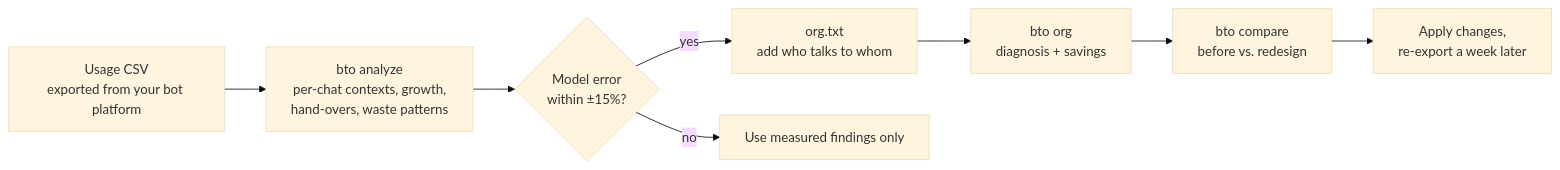
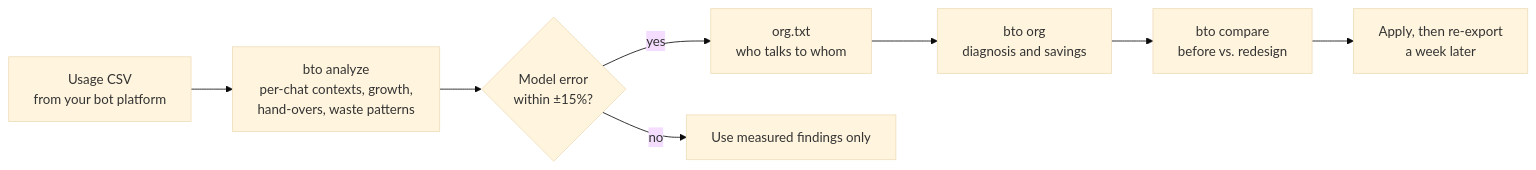
The diagram in README.md (EndeavorYen/bot-token-optimizer), drawn with Mermaid (base theme) before and after one commit. The commit also changed other lines of this file and 16 other files, not shown here.

````diff
--- a/README.md
+++ b/README.md
@@ -97,10 +171,10 @@
 ```mermaid
 flowchart LR
-    A[Usage CSV<br/>exported from your bot platform] --> B[bto analyze<br/>per-chat contexts, growth,<br/>hand-overs, waste patterns]
+    A[Usage CSV<br/>from your bot platform] --> B[bto analyze<br/>per-chat contexts, growth,<br/>hand-overs, waste patterns]
     B --> C{Model error<br/>within ±15%?}
-    C -- yes --> D[org.txt<br/>add who talks to whom]
+    C -- yes --> D[org.txt<br/>who talks to whom]
     C -- no --> E[Use measured findings only]
-    D --> F[bto org<br/>diagnosis + savings]
+    D --> F[bto org<br/>diagnosis and savings]
     F --> G[bto compare<br/>before vs. redesign]
-    G --> H[Apply changes,<br/>re-export a week later]
+    G --> H[Apply, then re-export<br/>a week later]
 ```
````
